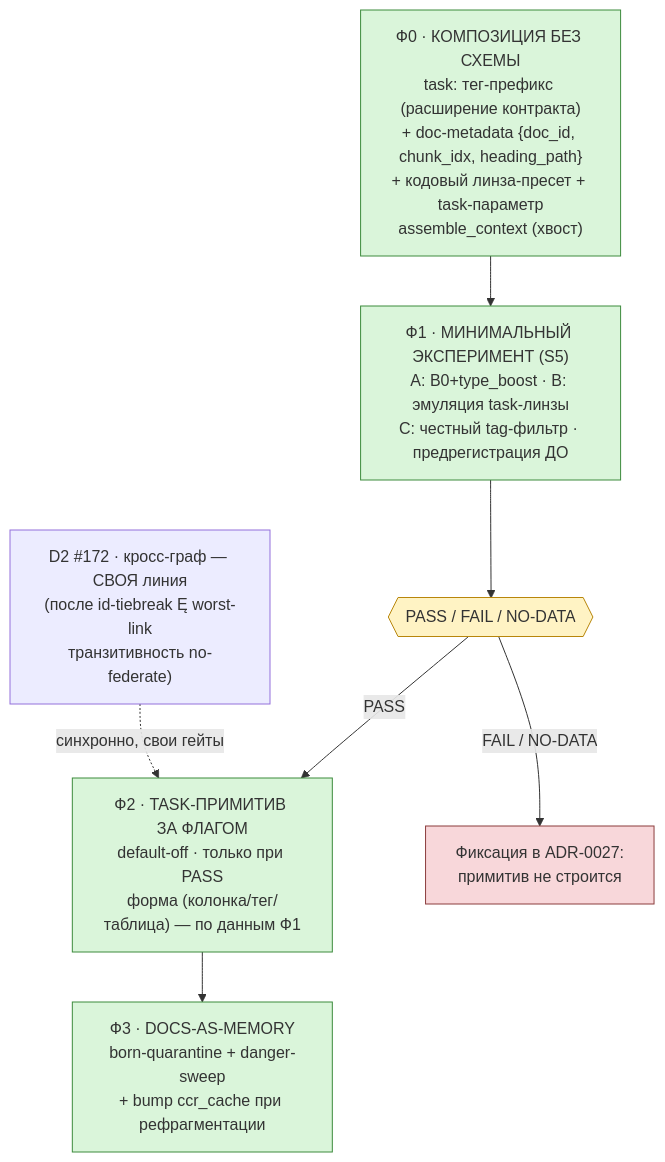
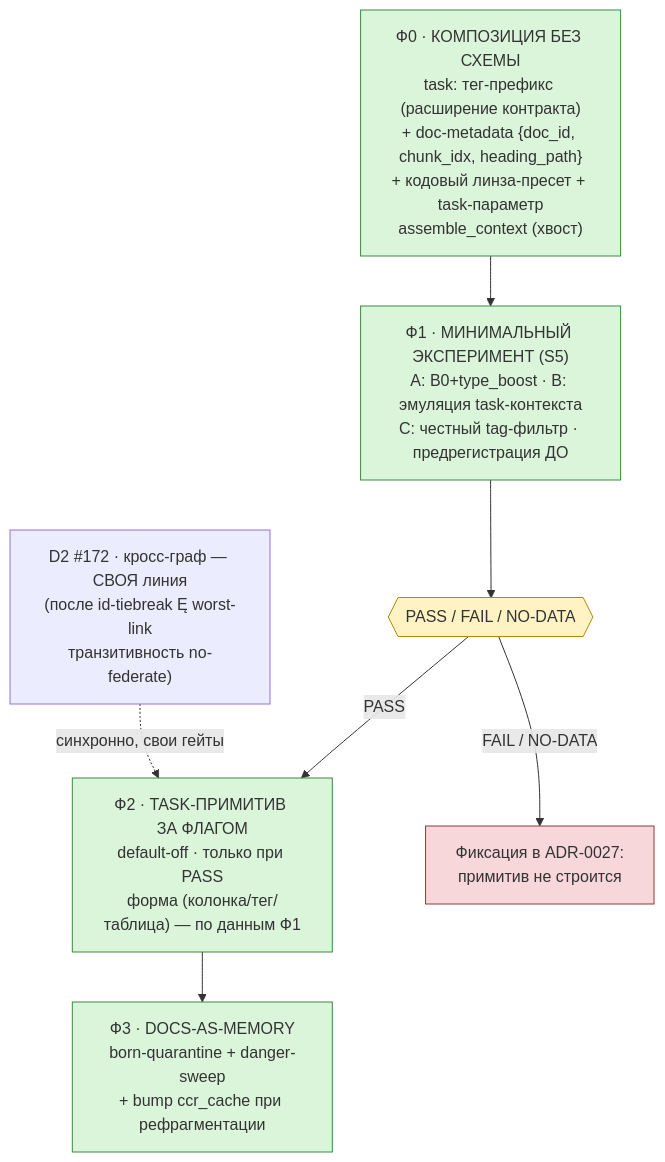
Before and after one commit to Korrnals/mnemos: the third of 3 diagrams in docs/project/dev-plan.md, drawn with Mermaid. The commit also changed other lines of this file and 2 other files, not shown here.

Commit message:
docs(review): PR #309 repair — full 11-invariant list in dev-plan §4b, arm B wording (task-context), drop untracked #280 Phase-1 qualifiers, ADR-0025 lanes-falsified status in index

````diff
--- a/docs/project/dev-plan.md
+++ b/docs/project/dev-plan.md
@@ -413,20 +413,20 @@
 ```mermaid
 flowchart TD
     F0["Ф0 · КОМПОЗИЦИЯ БЕЗ СХЕМЫ<br/>task: тег-префикс (расширение контракта)<br/>+ doc-metadata {doc_id, chunk_idx, heading_path}<br/>+ кодовый линза-пресет + task-параметр<br/>assemble_context (хвост)"]
-    F1["Ф1 · МИНИМАЛЬНЫЙ ЭКСПЕРИМЕНТ (S5)<br/>A: B0+type_boost · B: эмуляция task-линзы<br/>C: честный tag-фильтр · предрегистрация ДО"]
+    F1["Ф1 · МИНИМАЛЬНЫЙ ЭКСПЕРИМЕНТ (S5)<br/>A: B0+type_boost · B: эмуляция task-контекста<br/>C: честный tag-фильтр · предрегистрация ДО"]
     F2["Ф2 · TASK-ПРИМИТИВ ЗА ФЛАГОМ<br/>default-off · только при PASS<br/>форма (колонка/тег/таблица) — по данным Ф1"]
     F3["Ф3 · DOCS-AS-MEMORY<br/>born-quarantine + danger-sweep<br/>+ bump ccr_cache при рефрагментации"]
     D2["D2 #172 · кросс-граф — СВОЯ линия<br/>(после id-tiebreak #280; worst-link<br/>транзитивность no-federate)"]
     GATE{{"PASS / FAIL / NO-DATA"}}
     XF["Фиксация в ADR-0027:<br/>примитив не строится"]
     F0 --> F1 --> GATE
     GATE -- PASS --> F2 --> F3
     GATE -- "FAIL / NO-DATA" --> XF
     D2 -. синхронно, свои гейты .-> F2
     classDef phase fill:#daf5da,stroke:#3d8b3d
     classDef gate fill:#fff3c4,stroke:#b8860b
     classDef stop fill:#f8d7da,stroke:#8b3d3d
     class F0,F1,F2,F3 phase
     class GATE gate
     class XF stop
 ```
````
